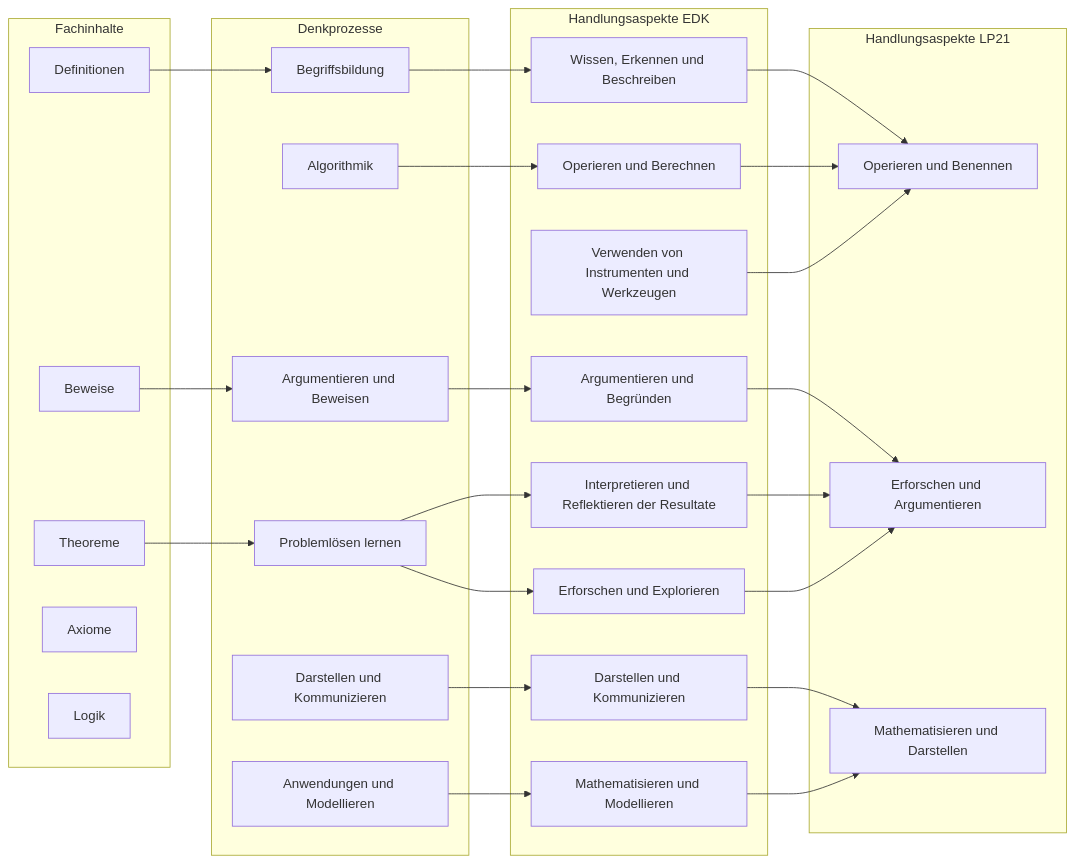
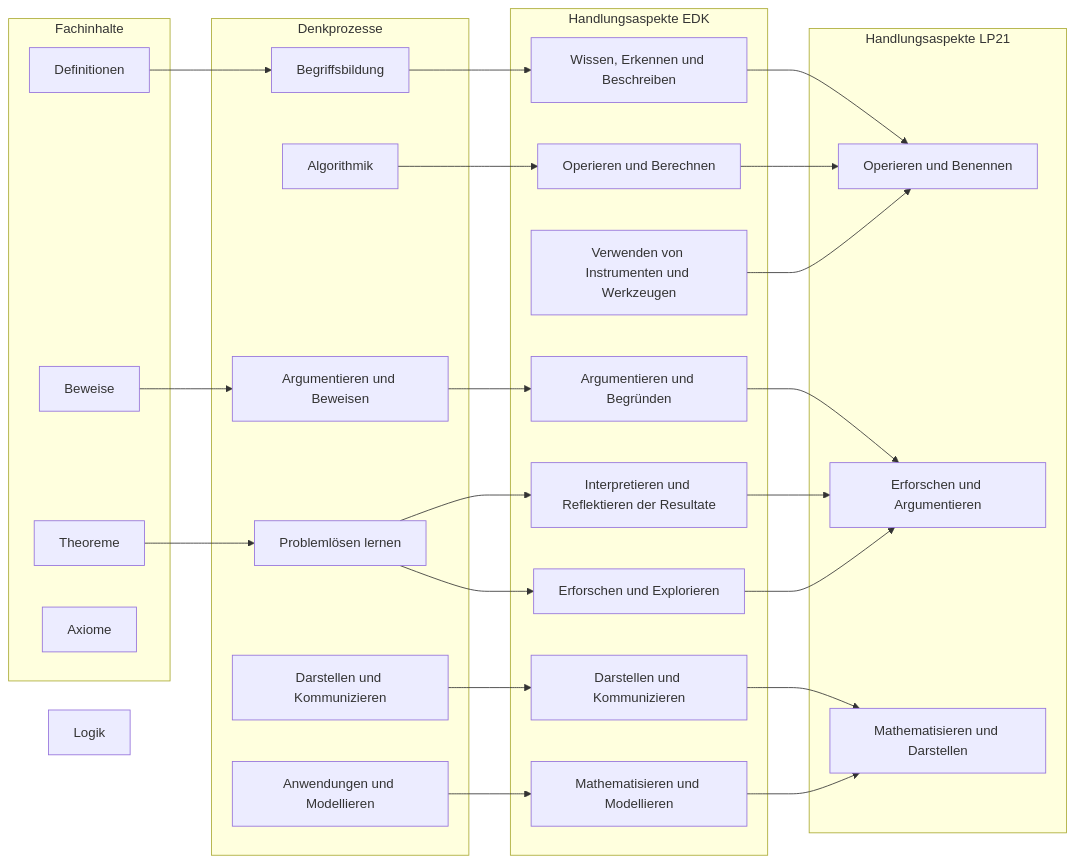
One commit to PHBern-RConrardy/lerngelegenheiten changed the second of 2 diagrams in lerngelegenheiten/LG_math_summative_praes/woche_03.qmd. Above: the diagram before and after it, drawn with Mermaid. The commit also changed other lines of this file and 7 other files, not shown here.

````diff
--- a/lerngelegenheiten/LG_math_summative_praes/woche_03.qmd
+++ b/lerngelegenheiten/LG_math_summative_praes/woche_03.qmd
@@ -138,73 +146,72 @@
 ```{mermaid}
 %%| mermaid-format: png
 
 graph LR;
 m1[Theoreme];
 m2[Definitionen];
 m3[Beweise];
 m4[Axiome];
 m5[Logik];
 
 b1[Begriffsbildung];
 b2[Problemlösen lernen];
 b3[Algorithmik];
 b4[Argumentieren und Beweisen];
 b5[Anwendungen und Modellieren];
 b6[Darstellen und Kommunizieren];
 
 h1[Operieren und Benennen];
 h2[Erforschen und Argumentieren];
 h3[Mathematisieren und Darstellen];
 
 edk1[Wissen, Erkennen und Beschreiben];
 edk2[Operieren und Berechnen];
 edk3[Verwenden von Instrumenten und Werkzeugen];
 edk4[Darstellen und Kommunizieren];
 edk5[Mathematisieren und Modellieren];
 edk6[Argumentieren und Begründen];
 edk7[Interpretieren und Reflektieren der Resultate];
 edk8[Erforschen und Explorieren];
 
 m2-->b1-->edk1-->h1;
 b6-->edk4-->h3;
 m3-->b4-->edk6-->h2;
 b3-->edk2-->h1;
 m1-->b2-->edk7-->h2;
 b5-->edk5-->h3;
 edk8-->h2;
 edk3-->h1;
 b2-->edk8;
 
 subgraph Fachinhalte
   m1;
   m2;
   m3;
   m4;
-  m5;
 end
 
 subgraph Denkprozesse
   b1;
   b2;
   b3;
   b4;
   b5;
   b6;
 end
 subgraph Handlungsaspekte EDK
   edk1;
   edk2;
   edk3;
   edk4;
   edk5;
   edk6;
   edk7;
   edk8;
 end
 subgraph Handlungsaspekte LP21
   h1;
   h2;
   h3;
 end
 
 ```
````
